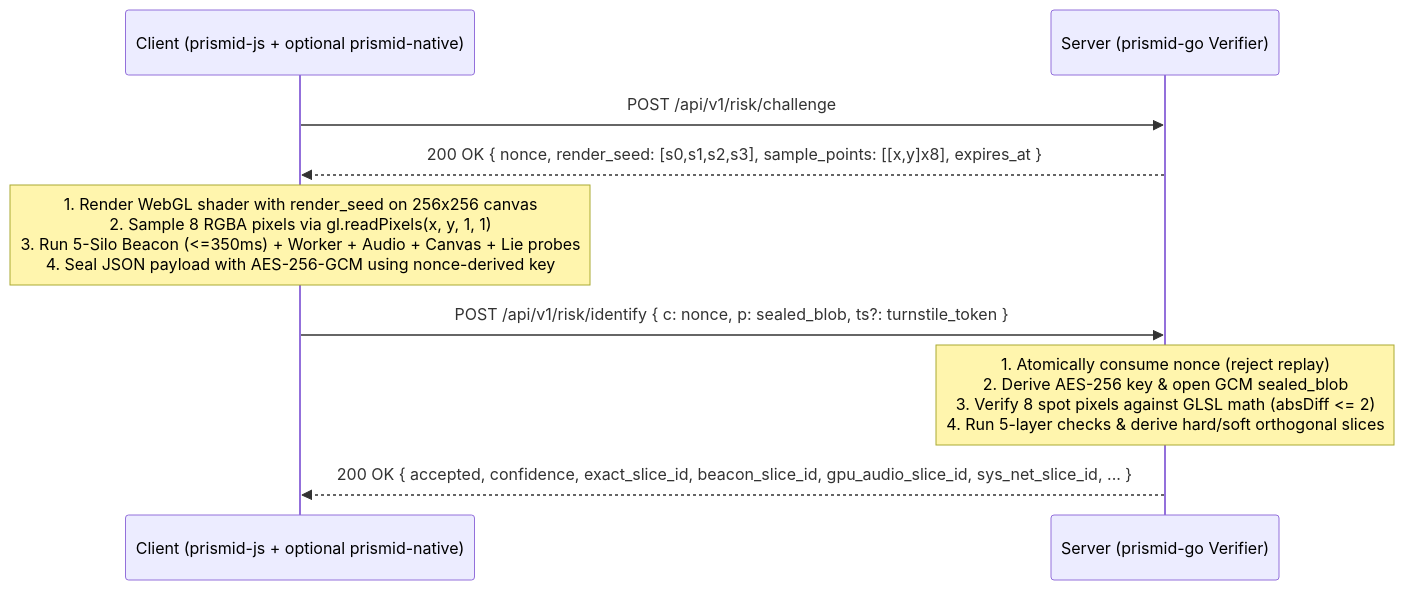
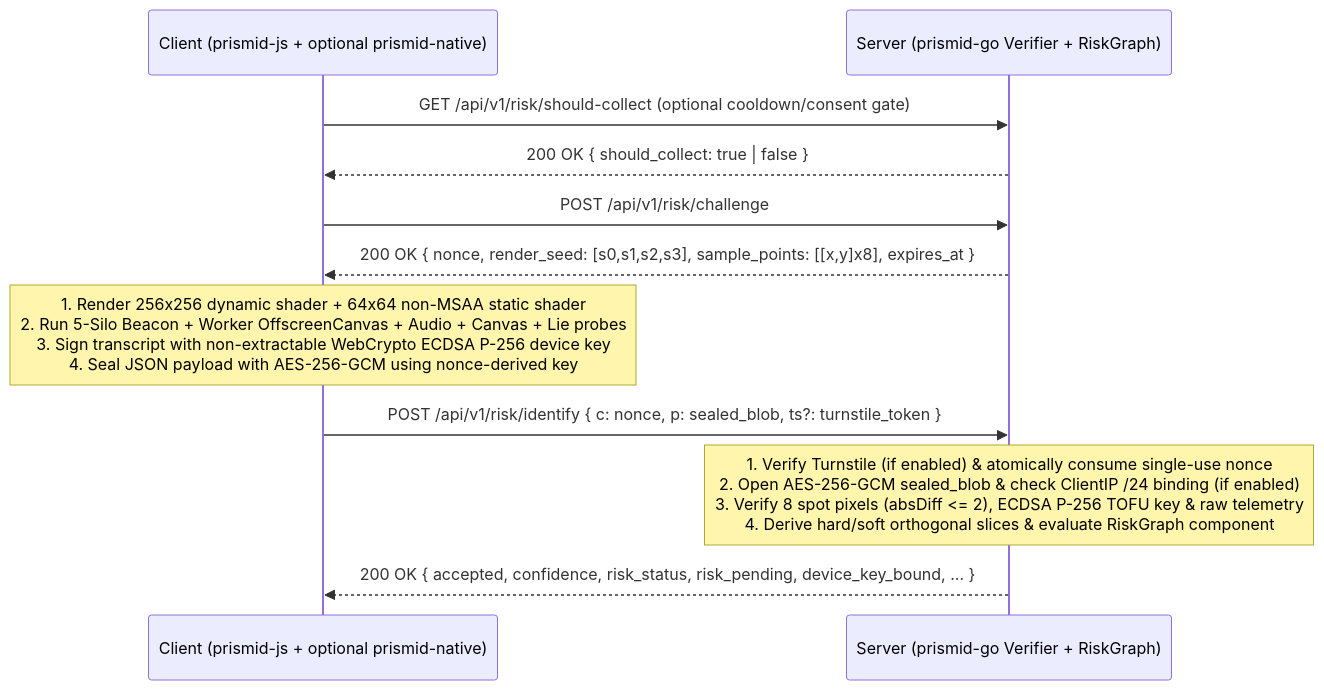
The diagram in docs/PROTOCOL_SPEC.md (yrZhaoweb/prismid), drawn with Mermaid before and after one commit. The commit also changed other lines of this file and 12 other files, not shown here.

````diff
--- a/docs/PROTOCOL_SPEC.md
+++ b/docs/PROTOCOL_SPEC.md
@@ -9,12 +9,14 @@
 ```mermaid
 sequenceDiagram
     participant C as Client (prismid-js + optional prismid-native)
-    participant S as Server (prismid-go Verifier)
+    participant S as Server (prismid-go Verifier + RiskGraph)
 
+    C->>S: GET /api/v1/risk/should-collect (optional cooldown/consent gate)
+    S-->>C: 200 OK { should_collect: true | false }
     C->>S: POST /api/v1/risk/challenge
     S-->>C: 200 OK { nonce, render_seed: [s0,s1,s2,s3], sample_points: [[x,y]x8], expires_at }
-    Note over C: 1. Render WebGL shader with render_seed on 256x256 canvas<br/>2. Sample 8 RGBA pixels via gl.readPixels(x, y, 1, 1)<br/>3. Run 5-Silo Beacon (<=350ms) + Worker + Audio + Canvas + Lie probes<br/>4. Seal JSON payload with AES-256-GCM using nonce-derived key
+    Note over C: 1. Render 256x256 dynamic shader + 64x64 non-MSAA static shader<br/>2. Run 5-Silo Beacon + Worker OffscreenCanvas + Audio + Canvas + Lie probes<br/>3. Sign transcript with non-extractable WebCrypto ECDSA P-256 device key<br/>4. Seal JSON payload with AES-256-GCM using nonce-derived key
     C->>S: POST /api/v1/risk/identify { c: nonce, p: sealed_blob, ts?: turnstile_token }
-    Note over S: 1. Atomically consume nonce (reject replay)<br/>2. Derive AES-256 key & open GCM sealed_blob<br/>3. Verify 8 spot pixels against GLSL math (absDiff <= 2)<br/>4. Run 5-layer checks & derive hard/soft orthogonal slices
-    S-->>C: 200 OK { accepted, confidence, exact_slice_id, beacon_slice_id, gpu_audio_slice_id, sys_net_slice_id, ... }
+    Note over S: 1. Verify Turnstile (if enabled) & atomically consume single-use nonce<br/>2. Open AES-256-GCM sealed_blob & check ClientIP /24 binding (if enabled)<br/>3. Verify 8 spot pixels (absDiff <= 2), ECDSA P-256 TOFU key & raw telemetry<br/>4. Derive hard/soft orthogonal slices & evaluate RiskGraph component
+    S-->>C: 200 OK { accepted, confidence, risk_status, risk_pending, device_key_bound, ... }
 ```
````
